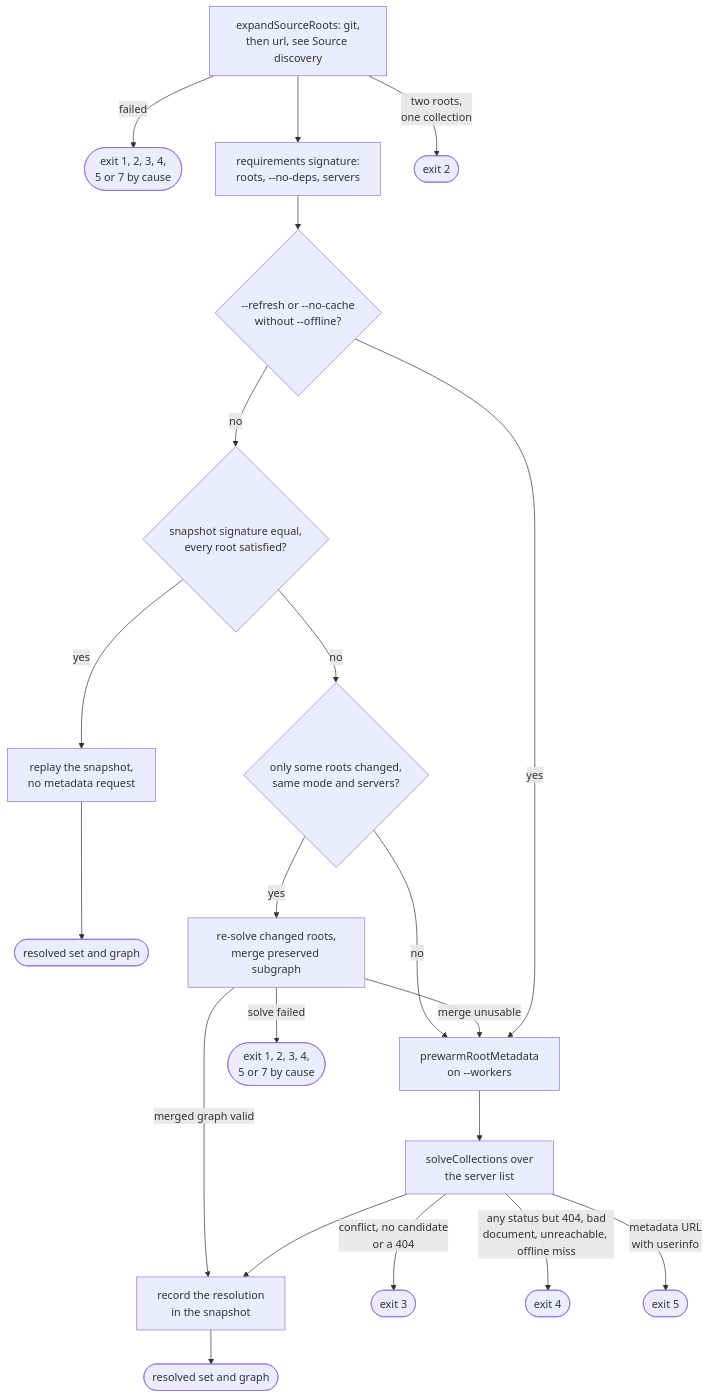
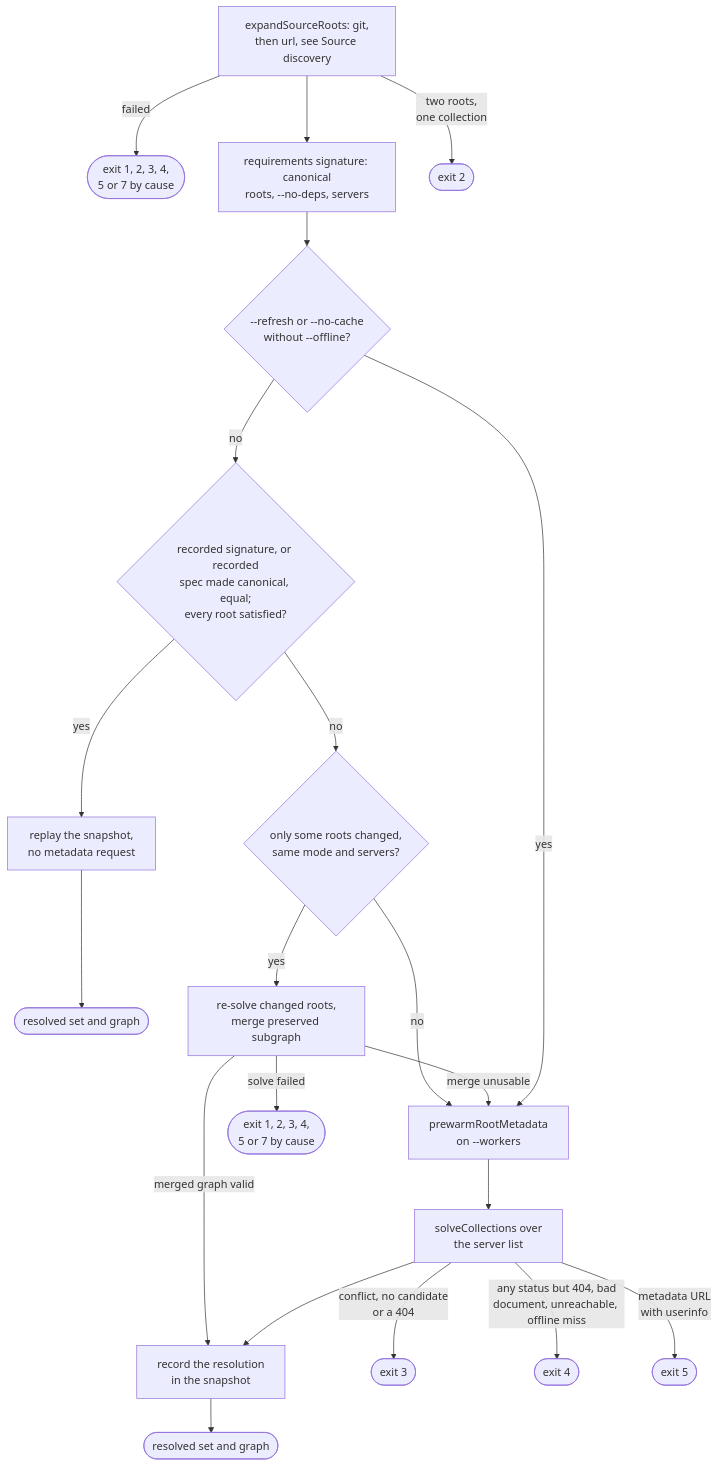
The third of 7 diagrams in docs/internals/flow-install.md (greeddj/go-galaxy), drawn with Mermaid before and after one commit. The commit also changed 14 other files, not shown here.

````diff
--- a/docs/internals/flow-install.md
+++ b/docs/internals/flow-install.md
@@ -75,23 +75,23 @@
 ```mermaid
 flowchart TD
   R1["expandSourceRoots: git,<br/>then url, see Source discovery"] -->|"failed"| RXD(["exit 1, 2, 3, 4,<br/>5 or 7 by cause"])
-  R1 --> R2["requirements signature:<br/>roots, --no-deps, servers"]
+  R1 --> R2["requirements signature: canonical<br/>roots, --no-deps, servers"]
   R1 -->|"two roots,<br/>one collection"| RX2(["exit 2"])
   R2 --> R3{"--refresh or --no-cache<br/>without --offline?"}
-  R3 -->|"no"| R4{"snapshot signature equal,<br/>every root satisfied?"}
+  R3 -->|"no"| R4{"recorded signature, or recorded<br/>spec made canonical, equal;<br/>every root satisfied?"}
   R4 -->|"yes"| R5["replay the snapshot,<br/>no metadata request"]
   R5 --> R11A(["resolved set and graph"])
   R4 -->|"no"| R6{"only some roots changed,<br/>same mode and servers?"}
   R6 -->|"no"| R8["prewarmRootMetadata<br/>on --workers"]
   R6 -->|"yes"| R7["re-solve changed roots,<br/>merge preserved subgraph"]
   R7 -->|"merge unusable"| R8
   R7 -->|"solve failed"| RXD2(["exit 1, 2, 3, 4,<br/>5 or 7 by cause"])
   R7 -->|"merged graph valid"| R10
   R3 -->|"yes"| R8
   R8 --> R9["solveCollections over<br/>the server list"]
   R9 -->|"conflict, no candidate<br/>or a 404"| RX3(["exit 3"])
   R9 -->|"any status but 404, bad<br/>document, unreachable, offline miss"| RX4(["exit 4"])
   R9 -->|"metadata URL<br/>with userinfo"| RX5(["exit 5"])
   R9 --> R10["record the resolution<br/>in the snapshot"]
   R10 --> R11(["resolved set and graph"])
 ```
````
